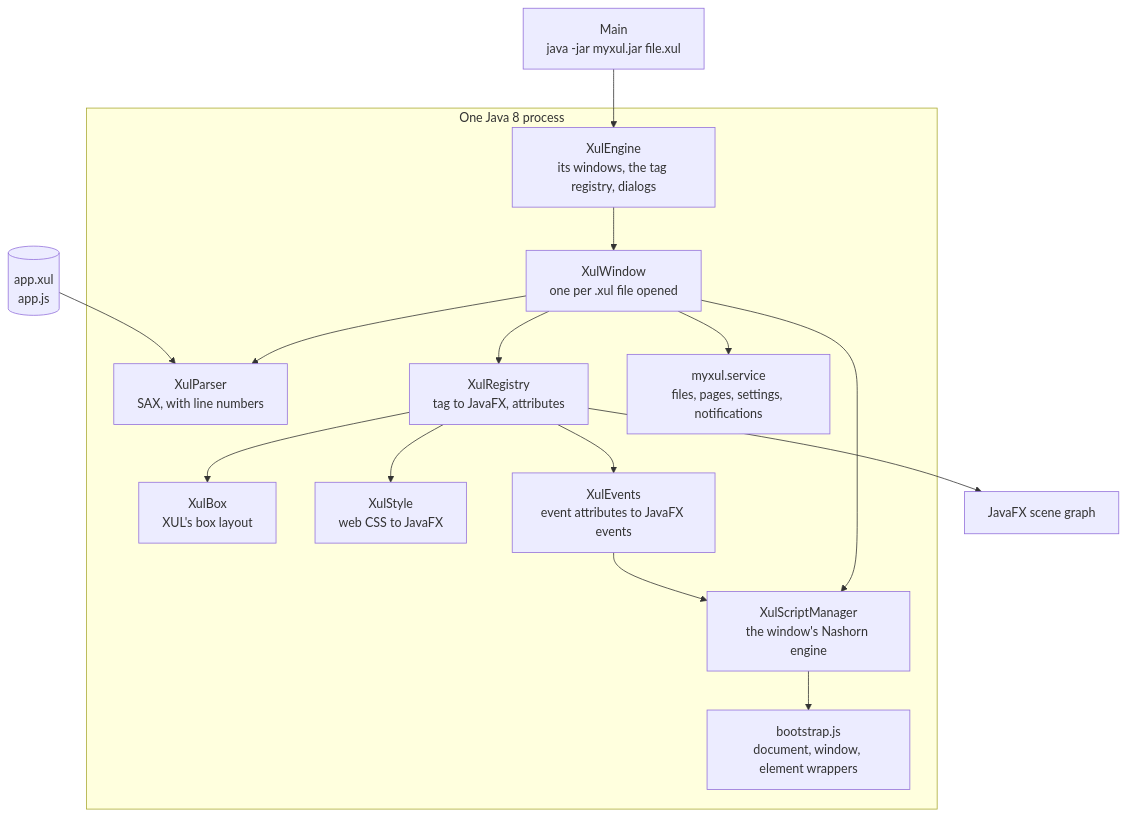
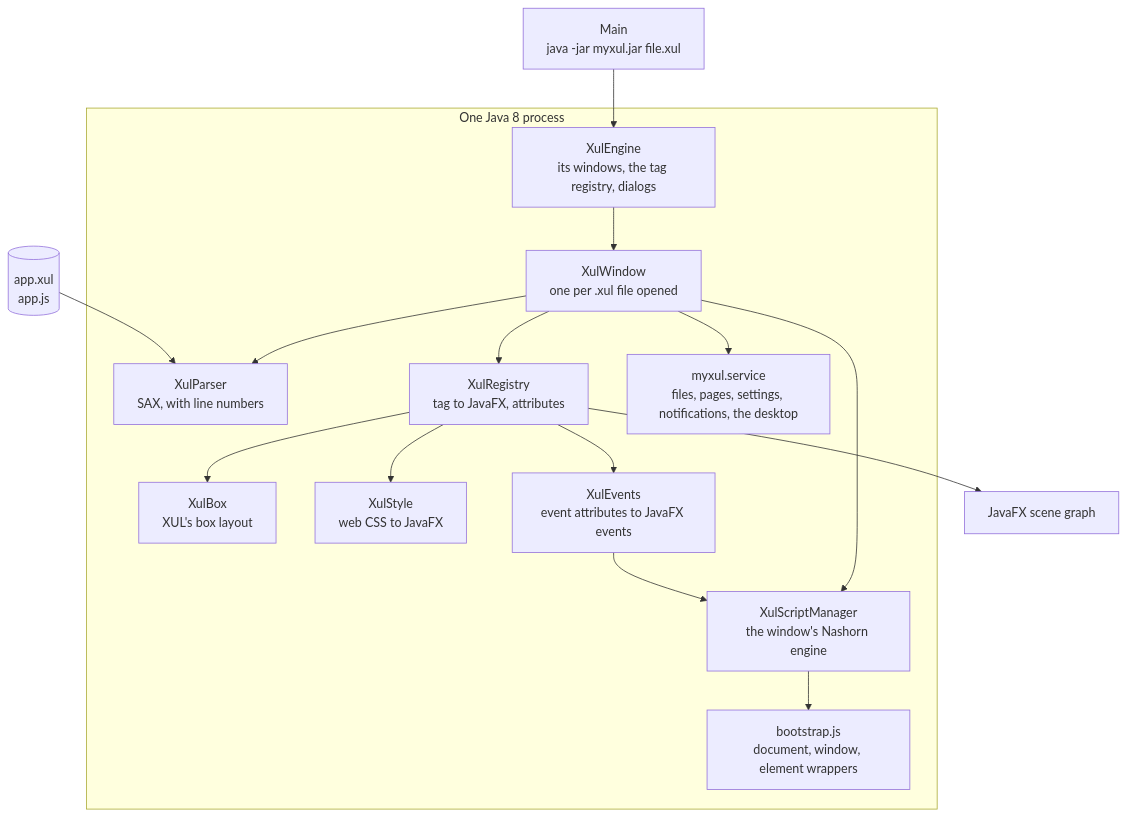
One commit to rwarouw00/peer-os changed the diagram in wiki17myxul/architecture.md. Above: the diagram before and after it, drawn with Mermaid. The commit also changed other lines of this file and 61 other files, not shown here.

````diff
--- a/wiki17myxul/architecture.md
+++ b/wiki17myxul/architecture.md
@@ -5,28 +5,28 @@
 ```mermaid
 flowchart TB
     Main["Main<br/>java -jar myxul.jar file.xul"] --> Engine
     subgraph JVM["One Java 8 process"]
         Engine["XulEngine<br/>its windows, the tag registry, dialogs"]
         Window["XulWindow<br/>one per .xul file opened"]
         Parser["XulParser<br/>SAX, with line numbers"]
         Registry["XulRegistry<br/>tag to JavaFX, attributes"]
         Box["XulBox<br/>XUL's box layout"]
         Style["XulStyle<br/>web CSS to JavaFX"]
         Events["XulEvents<br/>event attributes to JavaFX events"]
         Scripts["XulScriptManager<br/>the window's Nashorn engine"]
         Boot["bootstrap.js<br/>document, window, element wrappers"]
-        Services["myxul.service<br/>files, pages, settings, notifications"]
+        Services["myxul.service<br/>files, pages, settings, notifications, the desktop"]
         Engine --> Window
         Window --> Parser
         Window --> Registry
         Registry --> Box
         Registry --> Style
         Registry --> Events
         Window --> Scripts
         Scripts --> Boot
         Window --> Services
         Events --> Scripts
     end
     Xul[("app.xul<br/>app.js")] --> Parser
     Registry --> FX["JavaFX scene graph"]
 ```
````
